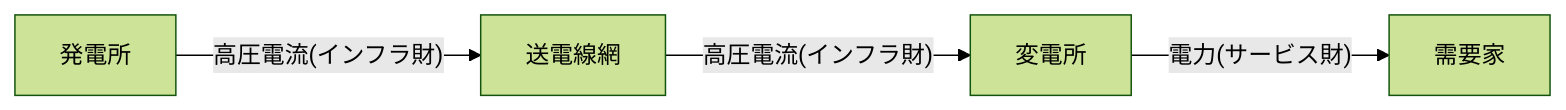
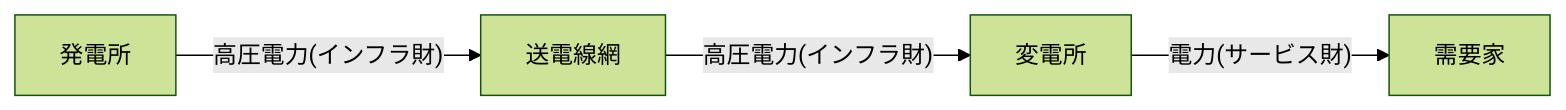
One commit to satken2/city-genesis changed the first of 2 diagrams in docs/docs/economics/26_インフラ網.md. Above: the diagram before and after it, drawn with Mermaid (forest theme). The commit also changed other lines of this file and 48 other files, not shown here.

````diff
--- a/docs/docs/economics/26_インフラ網.md
+++ b/docs/docs/economics/26_インフラ網.md
@@ -33,4 +40,4 @@
 ```mermaid
 graph LR
-発電所 -- 高圧電流(インフラ財) --> 送電線網 -- 高圧電流(インフラ財) --> 変電所 -- 電力(サービス財) --> 需要家
+発電所 -- 高圧電力(インフラ財) --> 送電線網 -- 高圧電力(インフラ財) --> 変電所 -- 電力(サービス財) --> 需要家
 ```
````
